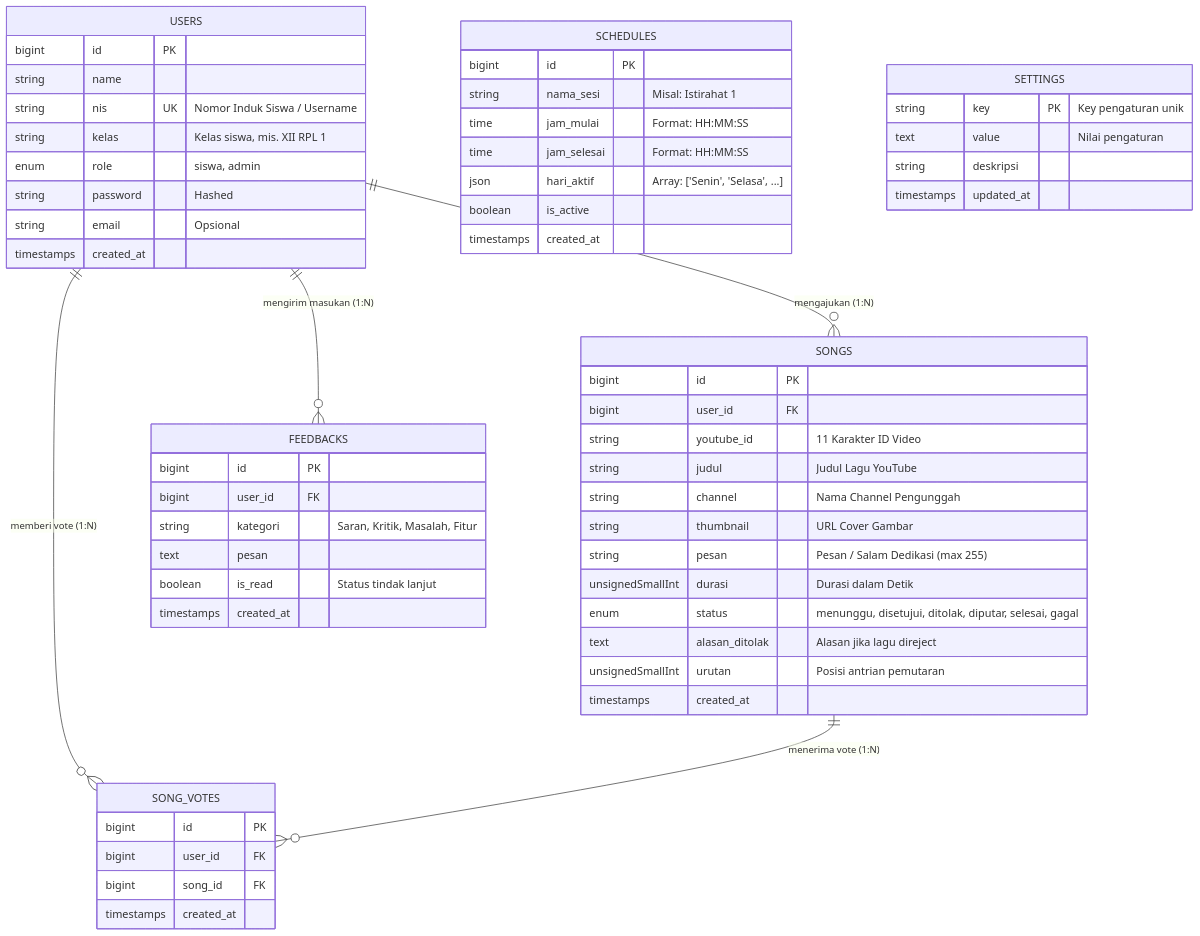
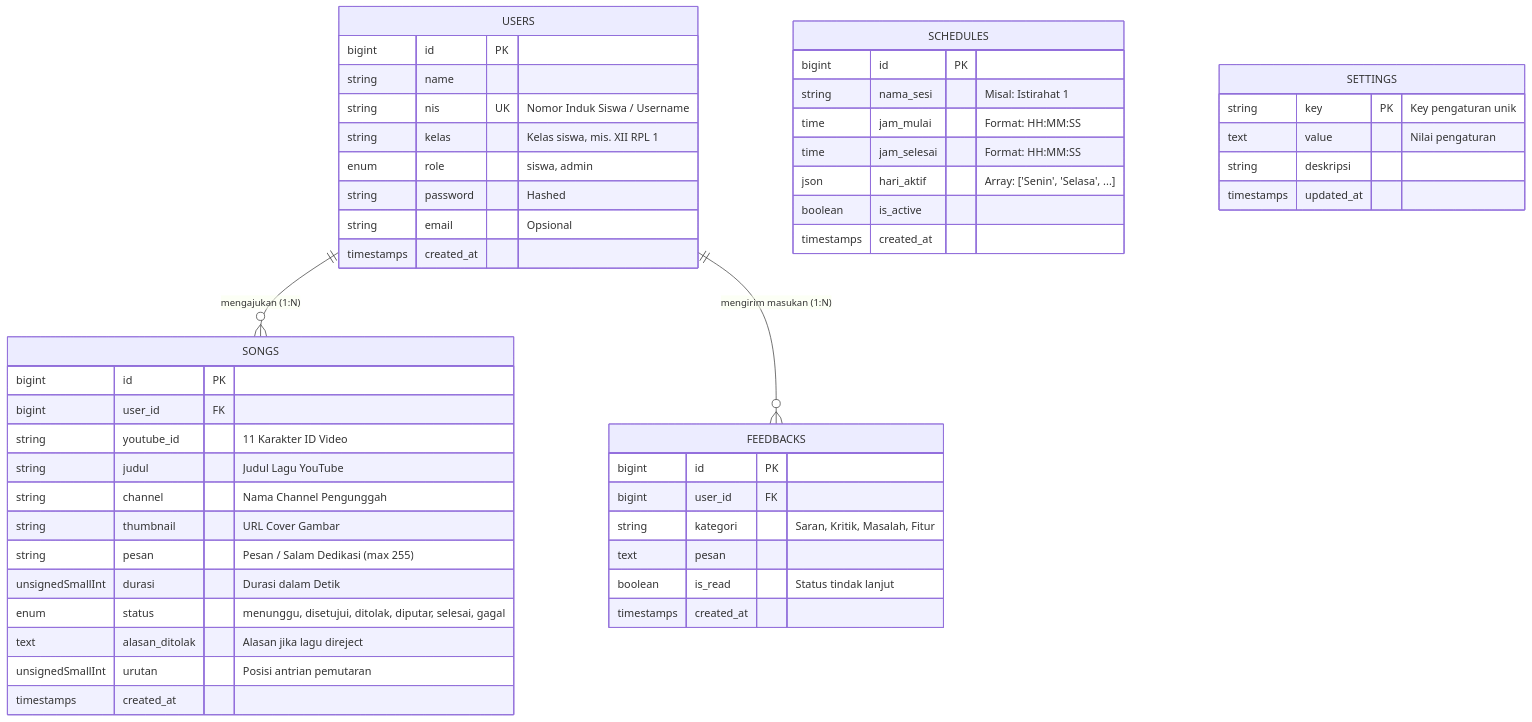
One commit to seladabiru/selada changed the third of 5 diagrams in PRD.md. Above: the diagram before and after it, drawn with Mermaid. The commit also changed other lines of this file and 25 other files, not shown here.

````diff
--- a/PRD.md
+++ b/PRD.md
@@ -190,66 +192,57 @@
 ```mermaid
 erDiagram
     USERS ||--o{ SONGS : "mengajukan (1:N)"
-    USERS ||--o{ SONG_VOTES : "memberi vote (1:N)"
     USERS ||--o{ FEEDBACKS : "mengirim masukan (1:N)"
-    SONGS ||--o{ SONG_VOTES : "menerima vote (1:N)"
     
     USERS {
         bigint id PK
         string name
         string nis UK "Nomor Induk Siswa / Username"
         string kelas "Kelas siswa, mis. XII RPL 1"
         enum role "siswa, admin"
         string password "Hashed"
         string email "Opsional"
         timestamps created_at
     }
 
     SONGS {
         bigint id PK
         bigint user_id FK
         string youtube_id "11 Karakter ID Video"
         string judul "Judul Lagu YouTube"
         string channel "Nama Channel Pengunggah"
         string thumbnail "URL Cover Gambar"
         string pesan "Pesan / Salam Dedikasi (max 255)"
         unsignedSmallInt durasi "Durasi dalam Detik"
         enum status "menunggu, disetujui, ditolak, diputar, selesai, gagal"
         text alasan_ditolak "Alasan jika lagu direject"
         unsignedSmallInt urutan "Posisi antrian pemutaran"
-        timestamps created_at
-    }
-
-    SONG_VOTES {
-        bigint id PK
-        bigint user_id FK
-        bigint song_id FK
         timestamps created_at
     }
 
     FEEDBACKS {
         bigint id PK
         bigint user_id FK
         string kategori "Saran, Kritik, Masalah, Fitur"
         text pesan
         boolean is_read "Status tindak lanjut"
         timestamps created_at
     }
 
     SCHEDULES {
         bigint id PK
         string nama_sesi "Misal: Istirahat 1"
         time jam_mulai "Format: HH:MM:SS"
         time jam_selesai "Format: HH:MM:SS"
         json hari_aktif "Array: ['Senin', 'Selasa', ...]"
         boolean is_active
         timestamps created_at
     }
 
     SETTINGS {
         string key PK "Key pengaturan unik"
         text value "Nilai pengaturan"
         string deskripsi
         timestamps updated_at
     }
 ```
````
